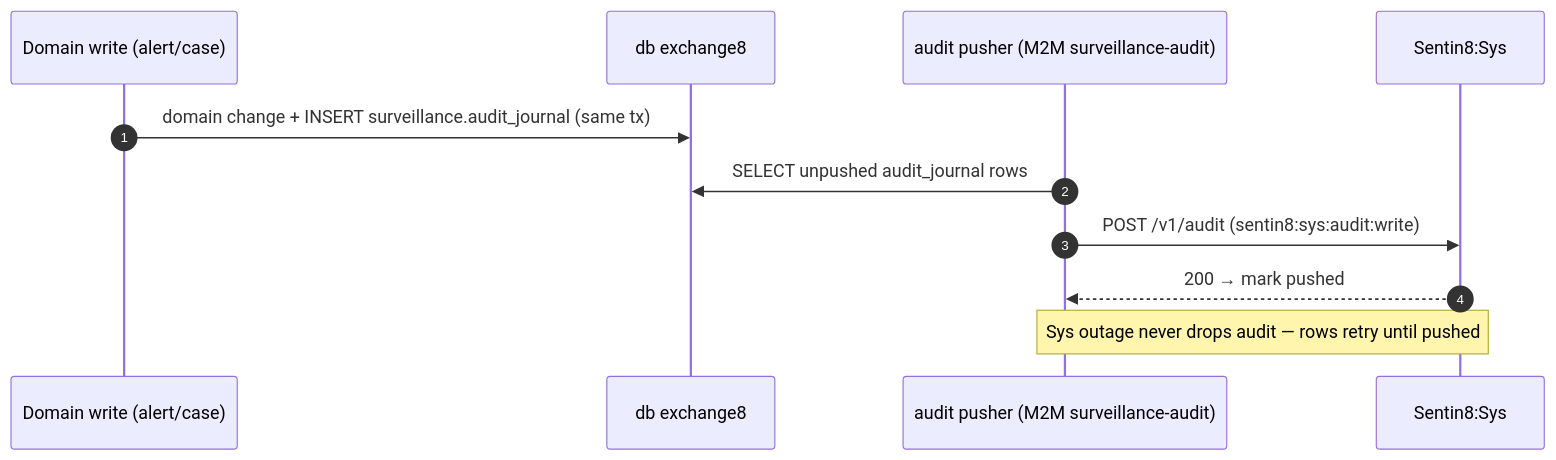
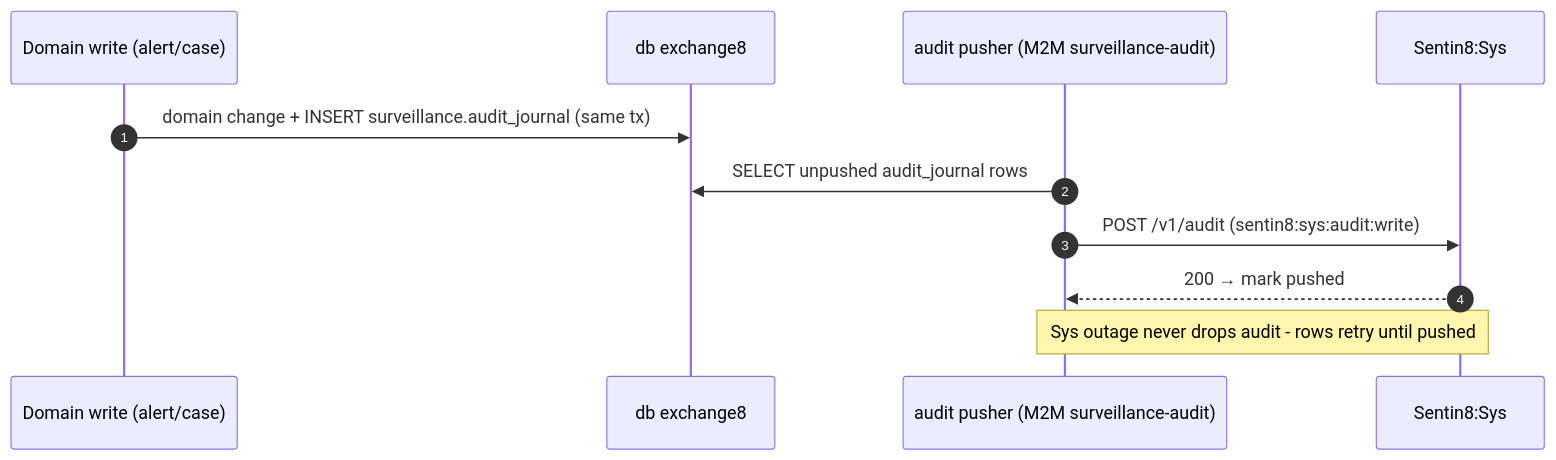
Diagram 12 of 17 in DESIGN.md (Exchange8-dev/exchange8-surveillance), drawn with Mermaid before and after one commit. The commit also changed other lines of this file and 16 other files, not shown here.

````diff
--- a/DESIGN.md
+++ b/DESIGN.md
@@ -367,14 +367,14 @@
 ```mermaid
 sequenceDiagram
     autonumber
     participant W as Domain write (alert/case)
     participant DB as db exchange8
     participant A as audit pusher (M2M surveillance-audit)
     participant S as Sentin8:Sys
 
     W->>DB: domain change + INSERT surveillance.audit_journal (same tx)
     A->>DB: SELECT unpushed audit_journal rows
     A->>S: POST /v1/audit (sentin8:sys:audit:write)
     S-->>A: 200 → mark pushed
-    Note over A,S: Sys outage never drops audit — rows retry until pushed
+    Note over A,S: Sys outage never drops audit - rows retry until pushed
 ```
````
